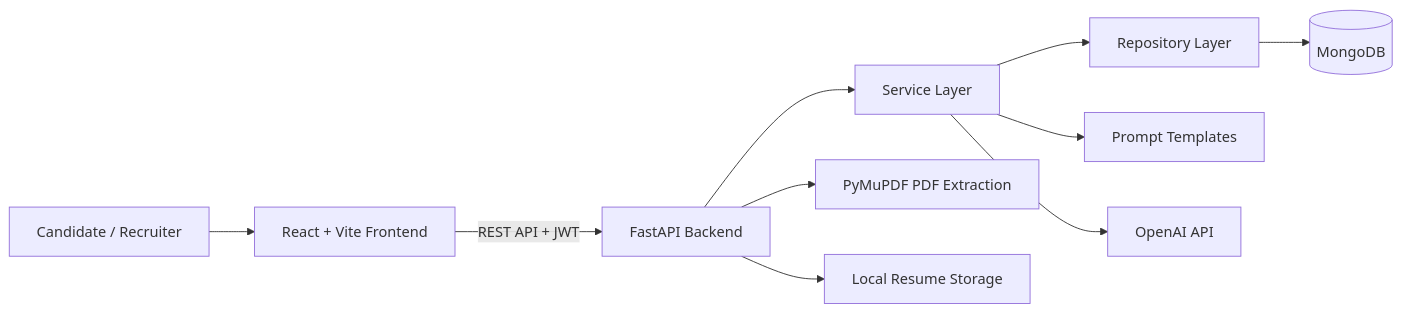
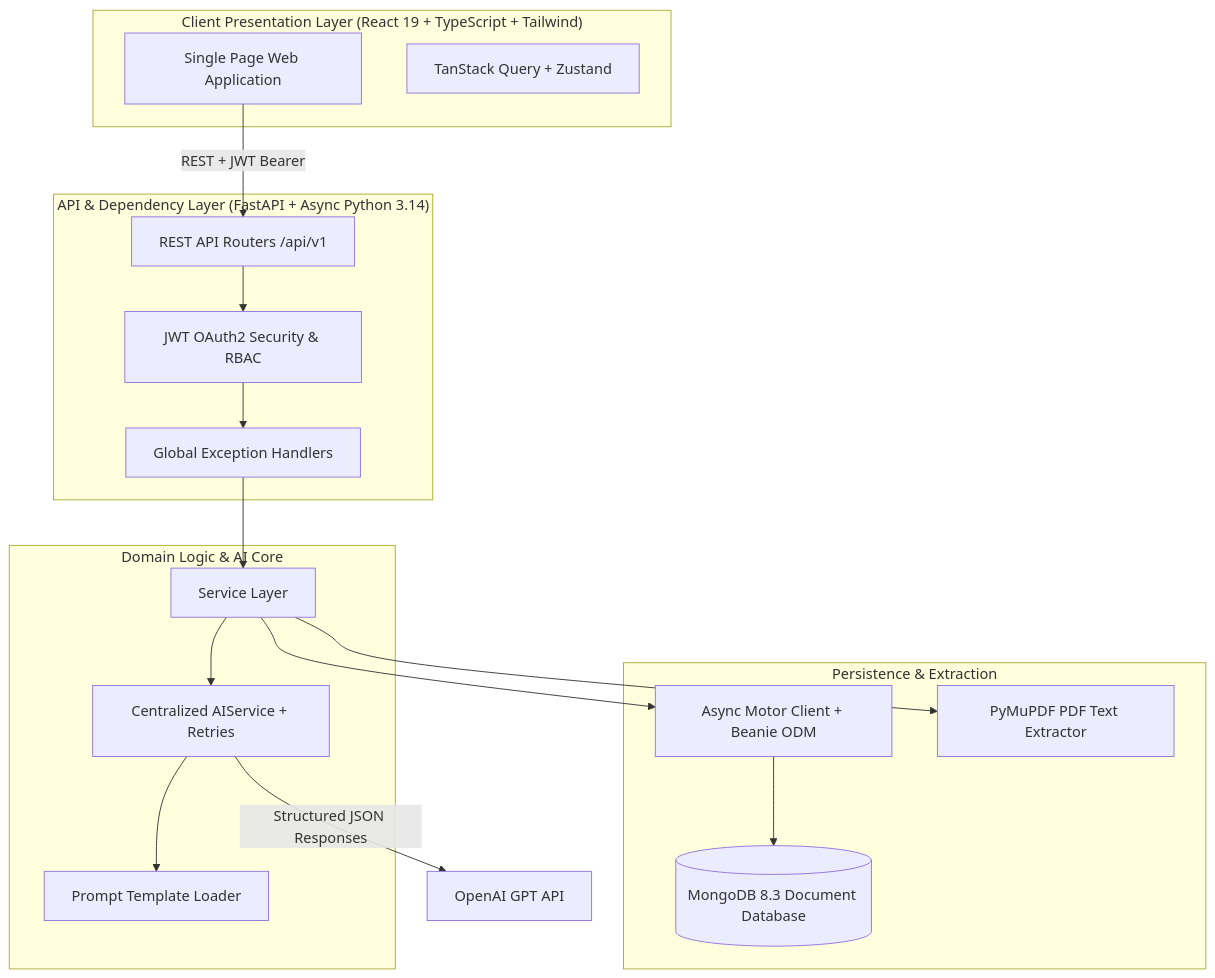
One commit to aniksam-github/NipunHire-AI changed the diagram in README.md. Above: the diagram before and after it, drawn with Mermaid. The commit also changed other lines of this file, not shown here.

````diff
--- a/README.md
+++ b/README.md
@@ -159,12 +44,36 @@
 ```mermaid
-flowchart LR
-    U[Candidate / Recruiter] --> F[React + Vite Frontend]
-    F -->|REST API + JWT| B[FastAPI Backend]
-    B --> S[Service Layer]
-    S --> R[Repository Layer]
-    R --> M[(MongoDB)]
-    S --> P[Prompt Templates]
-    S --> O[OpenAI API]
-    B --> X[PyMuPDF PDF Extraction]
-    B --> L[Local Resume Storage]
+flowchart TD
+    subgraph Client ["Client Presentation Layer (React 19 + TypeScript + Tailwind)"]
+        UI[Single Page Web Application]
+        State[TanStack Query + Zustand]
+    end
+
+    subgraph API ["API & Dependency Layer (FastAPI + Async Python 3.14)"]
+        Router[REST API Routers /api/v1]
+        Auth[JWT OAuth2 Security & RBAC]
+        GlobalExc[Global Exception Handlers]
+    end
+
+    subgraph Service ["Domain Logic & AI Core"]
+        Services[Service Layer]
+        AIService[Centralized AIService + Retries]
+        Prompts[Prompt Template Loader]
+    end
+
+    subgraph Data ["Persistence & Extraction"]
+        Motor[Async Motor Client + Beanie ODM]
+        PyMuPDF[PyMuPDF PDF Text Extractor]
+        DB[(MongoDB 8.3 Document Database)]
+    end
+
+    UI -->|REST + JWT Bearer| Router
+    Router --> Auth
+    Auth --> GlobalExc
+    GlobalExc --> Services
+    Services --> AIService
+    AIService --> Prompts
+    AIService -->|Structured JSON Responses| OpenAI[OpenAI GPT API]
+    Services --> PyMuPDF
+    Services --> Motor
+    Motor --> DB
 ```
````
